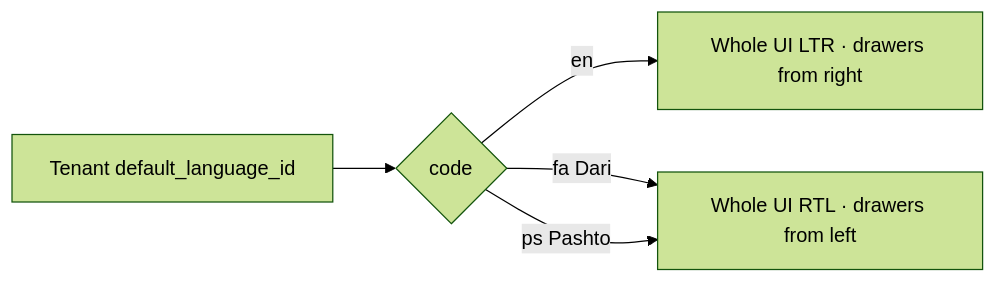
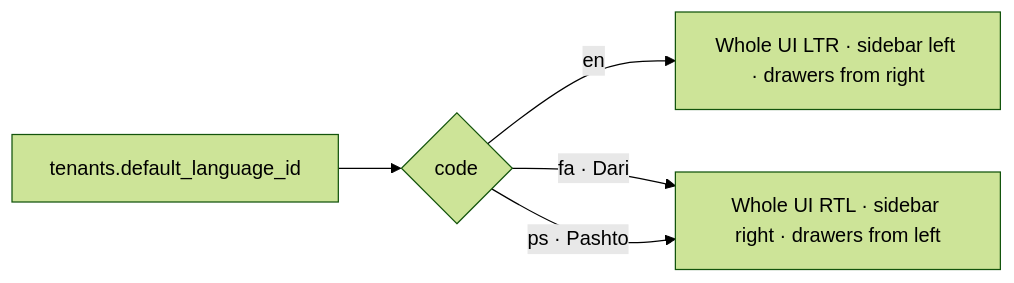
Before and after one commit to niaazaai/boms: the fourth of 14 diagrams in specs/flows/application-flows.md, drawn with Mermaid (forest theme). The commit also changed other lines of this file and 61 other files, not shown here.

````diff
--- a/specs/flows/application-flows.md
+++ b/specs/flows/application-flows.md
@@ -69,7 +77,7 @@
 ```mermaid
 flowchart LR
-  T[Tenant default_language_id] --> L{code}
-  L -->|en| LTR[Whole UI LTR · drawers from right]
-  L -->|fa Dari| RTL[Whole UI RTL · drawers from left]
-  L -->|ps Pashto| RTL
+  T[tenants.default_language_id] --> L{code}
+  L -->|en| LTR[Whole UI LTR · sidebar left · drawers from right]
+  L -->|fa · Dari| RTL[Whole UI RTL · sidebar right · drawers from left]
+  L -->|ps · Pashto| RTL
 ```
````
